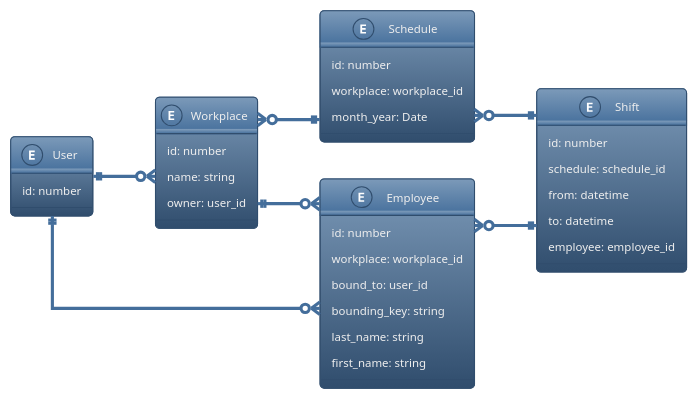
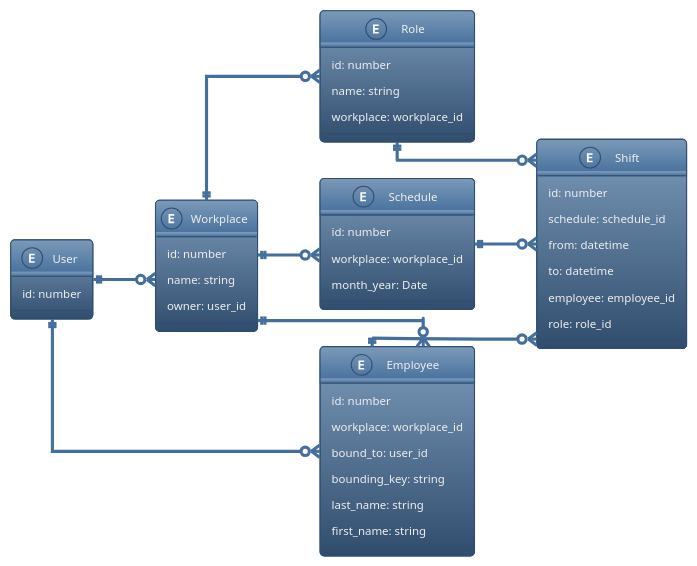
One commit to kadukows/shift-scheduler changed the diagram in doc/db.plantuml. Above: the diagram before and after it, drawn with PlantUML. The commit also changed 9 other files, not shown here.

```diff
--- a/doc/db.plantuml
+++ b/doc/db.plantuml
@@ -1,56 +1,63 @@
 @startuml
 skinparam linetype ortho
-'skinparam linetype polyline
 left to right direction
 !theme spacelab
-
 
 together {
 
 entity User {
     id: number
 }
 
 entity Workplace {
     id: number
     name: string
     owner: user_id
 }
 
 }
 
 together {
 
 entity Employee {
     id: number
     workplace: workplace_id
     bound_to: user_id
     bounding_key: string
     last_name: string
     first_name: string
 }
 
 entity Schedule {
     id: number
     workplace: workplace_id
     month_year: Date
 }
 
+entity Role {
+    id: number
+    name: string
+    workplace: workplace_id
+}
+
 }
 
 entity Shift {
     id: number
     schedule: schedule_id
     from: datetime
     to: datetime
     employee: employee_id
+    role: role_id
 }
 
 User ||--o{ Workplace
 User ||--o{ Employee
-Workplace ||-r-o{ Employee
-Workplace }o--|| Schedule
-Schedule }o--|| Shift
-Employee }o--|| Shift
+Workplace ||--o{ Employee
+Workplace ||--o{ Schedule
+Workplace ||--o{ Role
+Schedule ||--o{ Shift
+Employee ||--o{ Shift
+Role ||--o{ Shift
 
 @enduml
```
